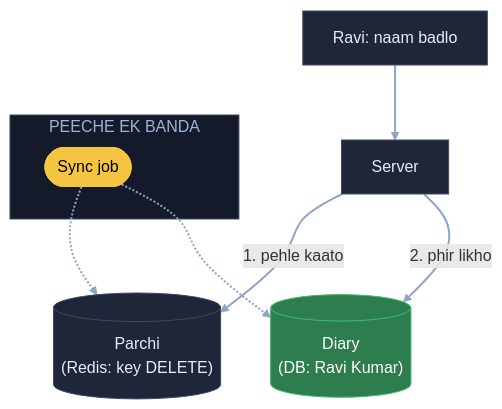
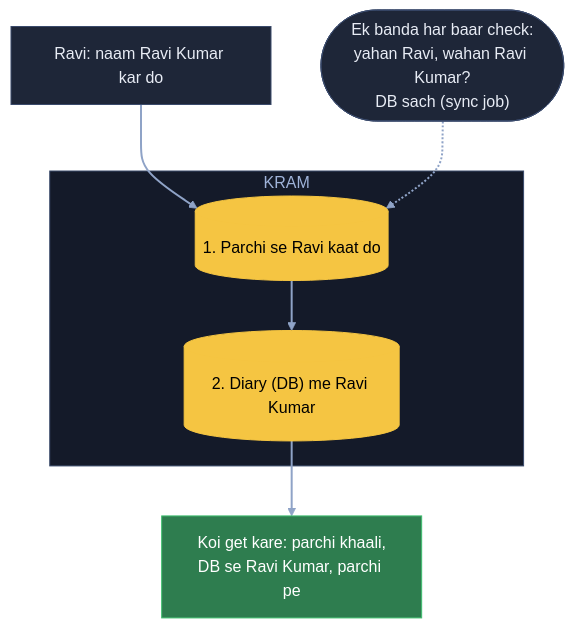
Before and after one commit to ArpanMaheshwari144/Prep: the fourth of 6 diagrams in 04_HLD/SYSTEM_DESIGNS/10_distributed_cache/10_distributed_cache.md, drawn with Mermaid. The commit also changed other lines of this file, not shown here.

Commit message:
Cache: 6 diagram hand notes ke shabdon se (K4 ring pehle se)

````diff
--- a/04_HLD/SYSTEM_DESIGNS/10_distributed_cache/10_distributed_cache.md
+++ b/04_HLD/SYSTEM_DESIGNS/10_distributed_cache/10_distributed_cache.md
@@ -178,21 +182,20 @@
 ```mermaid
 flowchart TB
-    U["Ravi: naam badlo"]:::card
-    S["Server"]:::card
-    C[("Parchi<br/>(Redis: key DELETE)")]:::card
-    D[("Diary<br/>(DB: Ravi Kumar)")]:::good
-    subgraph PB["PEECHE EK BANDA"]
-        J(["Sync job"]):::pill
+    R["Ravi: naam Ravi Kumar kar do"]:::card
+    subgraph KR["KRAM"]
+        C[("1. Parchi se Ravi kaat do")]:::pill
+        D[("2. Diary (DB) me Ravi Kumar")]:::pill
     end
-    U --> S
-    S -- "1. pehle kaato" --> C
-    S -- "2. phir likho" --> D
+    G["Koi get kare: parchi khaali,<br/>DB se Ravi Kumar, parchi pe"]:::good
+    J(["Ek banda har baar check:<br/>yahan Ravi, wahan Ravi Kumar?<br/>DB sach (sync job)"]):::card
+    R --> C
+    C --> D
+    D --> G
     J -.-> C
-    J -.-> D
     linkStyle default stroke:#8fa3c7,stroke-width:2px
     classDef card fill:#1e2638,stroke:#3a4a6b,color:#e8ecf5
     classDef pill fill:#f5c542,stroke:#f5c542,color:#000
     classDef good fill:#2e7d4f,stroke:#3fbf6f,color:#fff
     classDef bad fill:#5c1f24,stroke:#e05561,color:#fff
-    style PB fill:#141a29,stroke:#3a4a6b,color:#9fb3d9
+    style KR fill:#141a29,stroke:#3a4a6b,color:#9fb3d9
 ```
````
